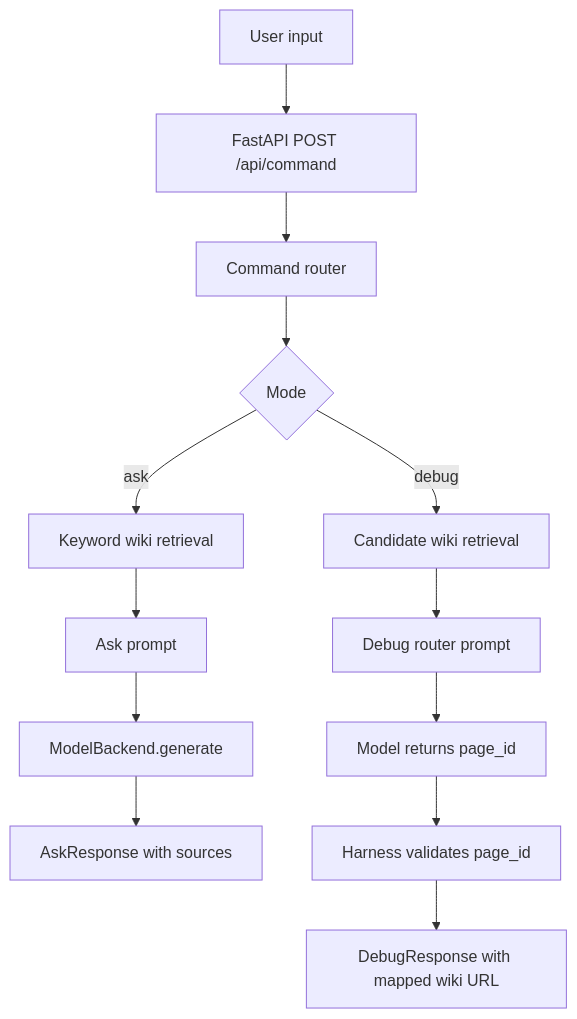
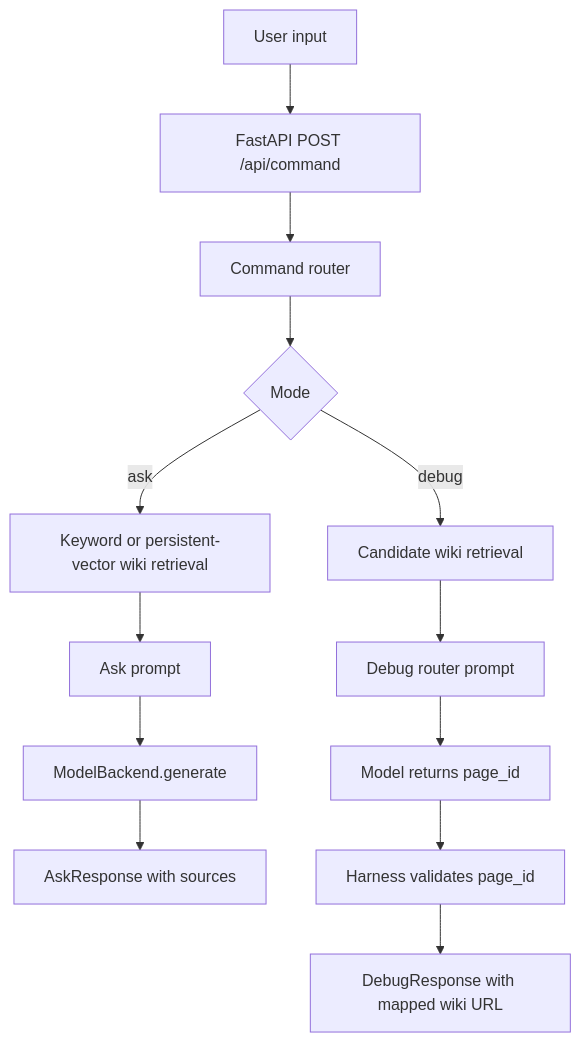
The first of 2 diagrams in docs/architecture.md (Itshimcules/EarlyExitProbeRAG), drawn with Mermaid before and after one commit. The commit also changed other lines of this file and 23 other files, not shown here.

Commit message:
Complete backend and benchmark roadmap

````diff
--- a/docs/architecture.md
+++ b/docs/architecture.md
@@ -5,15 +5,15 @@
 ```mermaid
 flowchart TD
     A["User input"] --> B["FastAPI POST /api/command"]
     B --> C["Command router"]
     C --> D{Mode}
-    D -->|ask| E["Keyword wiki retrieval"]
+    D -->|ask| E["Keyword or persistent-vector wiki retrieval"]
     E --> F["Ask prompt"]
     F --> G["ModelBackend.generate"]
     G --> H["AskResponse with sources"]
     D -->|debug| I["Candidate wiki retrieval"]
     I --> J["Debug router prompt"]
     J --> K["Model returns page_id"]
     K --> L["Harness validates page_id"]
     L --> M["DebugResponse with mapped wiki URL"]
 ```
````
